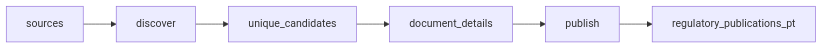
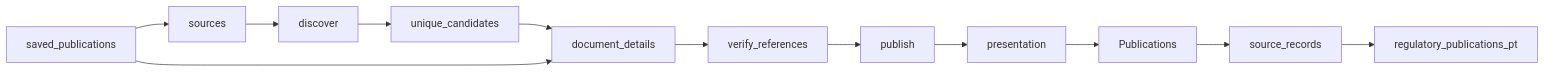
The diagram in datasets/regulatory-radar-pt-54c83384de63/README.md (jsonifyco/public-datasets), drawn with Mermaid before and after one commit. The commit also changed other lines of this file and 6 other files, not shown here.

````diff
--- a/datasets/regulatory-radar-pt-54c83384de63/README.md
+++ b/datasets/regulatory-radar-pt-54c83384de63/README.md
@@ -52,14 +83,25 @@
 ```mermaid
 flowchart LR
-  n0["sources"]
-  n1["discover"]
-  n2["unique#95;candidates"]
-  n3["document#95;details"]
-  n4["publish"]
-  n5["regulatory#95;publications#95;pt"]
-  n0 --> n1
+  n0["saved#95;publications"]
+  n1["sources"]
+  n2["discover"]
+  n3["unique#95;candidates"]
+  n4["document#95;details"]
+  n5["verify#95;references"]
+  n6["publish"]
+  n7["presentation"]
+  n8["Publications"]
+  n9["source#95;records"]
+  n10["regulatory#95;publications#95;pt"]
   n1 --> n2
   n2 --> n3
   n3 --> n4
   n4 --> n5
+  n5 --> n6
+  n6 --> n7
+  n7 --> n8
+  n8 --> n9
+  n9 --> n10
+  n0 --> n1
+  n0 --> n4
 ```
````
